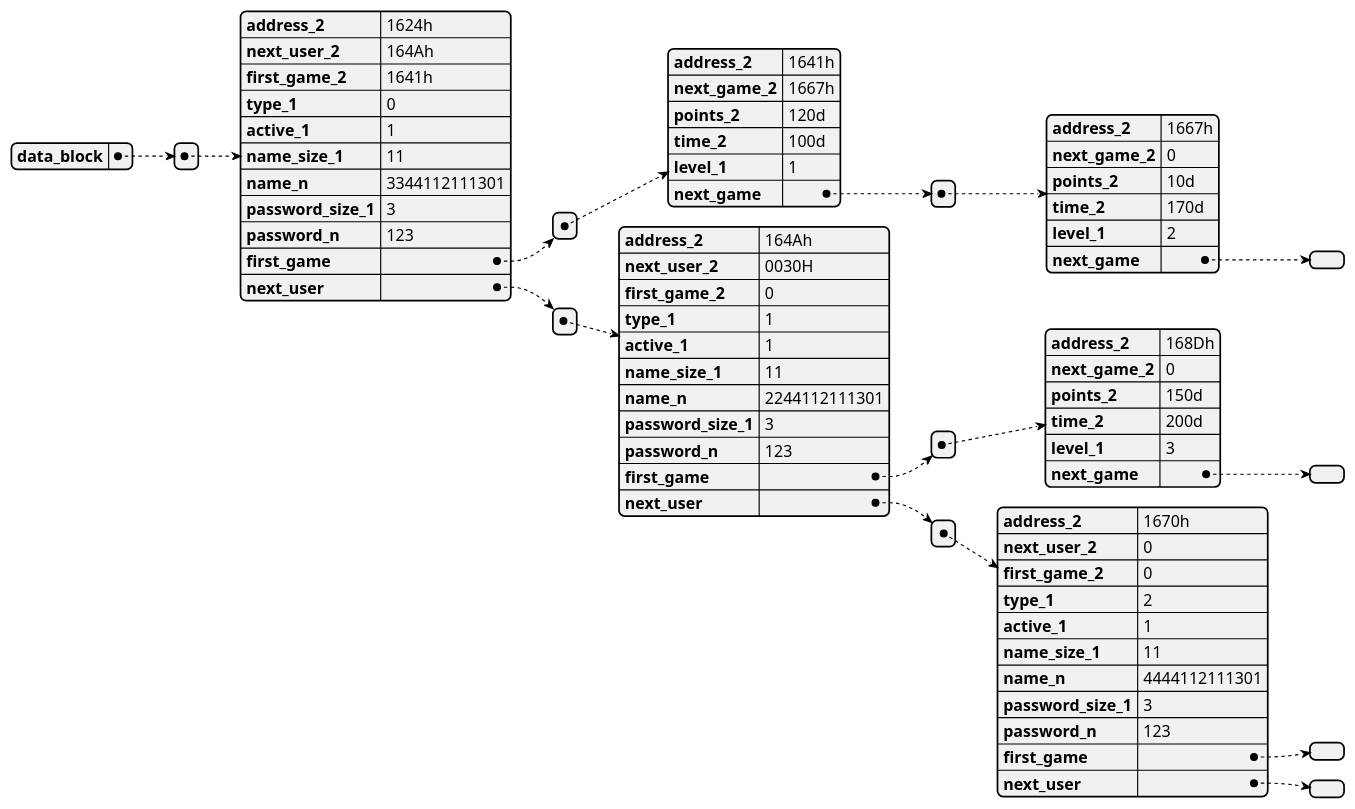
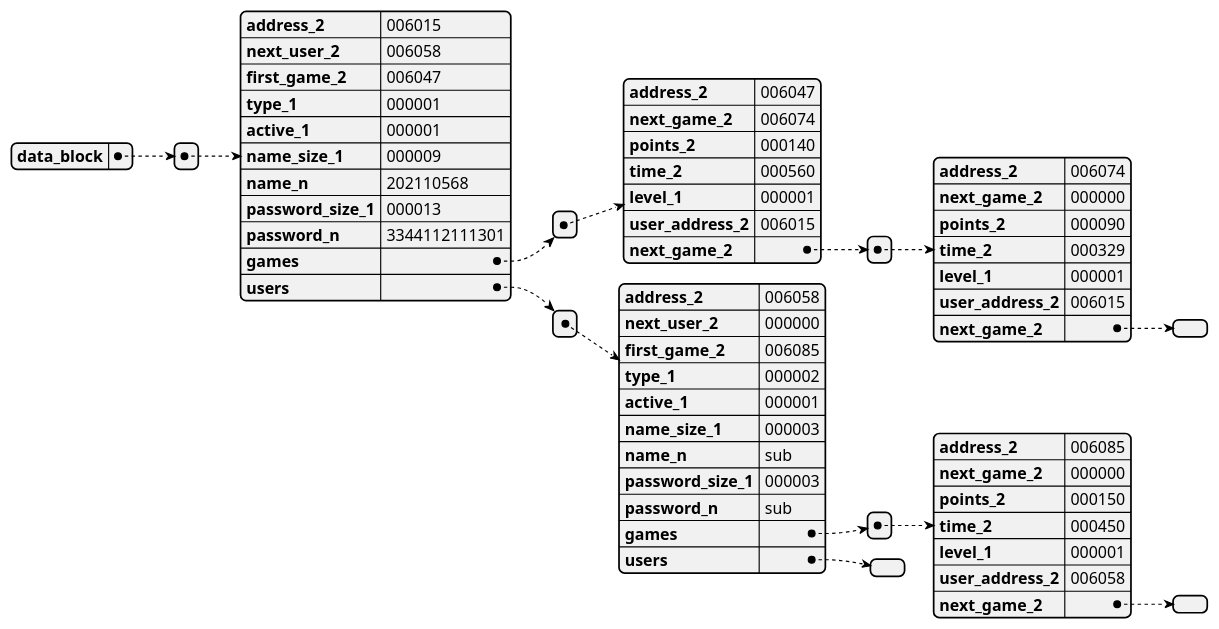
Before and after one commit to damianpeaf/ACE1_Proyecto2: the third of 3 diagrams in docs/tech/Readme.md, drawn with PlantUML. The commit also changed other lines of this file and 1 other file, not shown here.

Commit message:
docs: new memory eg

````diff
--- a/docs/tech/Readme.md
+++ b/docs/tech/Readme.md
@@ -154,77 +156,70 @@
 ```plantuml
 @startjson
 {
-    "data_block": [
-        {
-            "address_2": "1624h",
-            "next_user_2": "164Ah",
-            "first_game_2": "1641h",
-            "type_1": 0,
-            "active_1": 1,
-            "name_size_1": 11,
-            "name_n": "3344112111301",
-            "password_size_1": 3,
-            "password_n": "123",
-            "first_game": [
-                {
-                    "address_2": "1641h",
-                    "next_game_2": "1667h",
-                    "points_2": "120d",
-                    "time_2": "100d",
-                    "level_1": 1,
-                    "next_game": [
-                        {
-                            "address_2": "1667h",
-                            "next_game_2": 0,
-                            "points_2": "10d",
-                            "time_2": "170d",
-                            "level_1": 2,
-                            "next_game": []
-                        }
-                    ]
-                }
-            ],
-            "next_user": [
-                {
-                    "address_2": "164Ah",
-                    "next_user_2": "0030H",
-                    "first_game_2": 0,
-                    "type_1": 1,
-                    "active_1": 1,
-                    "name_size_1": 11,
-                    "name_n": "2244112111301",
-                    "password_size_1": 3,
-                    "password_n": "123",
-                    "first_game": [
-                        {
-                            "address_2": "168Dh",
-                            "next_game_2": "0",
-                            "points_2": "150d",
-                            "time_2": "200d",
-                            "level_1": 3,
-                            "next_game": []
-                        }
-                    ],
-                    "next_user": [
-                        {
-                            "address_2": "1670h",
-                            "next_user_2": 0,
-                            "first_game_2": 0,
-                            "type_1": 2,
-                            "active_1": 1,
-                            "name_size_1": 11,
-                            "name_n": "4444112111301",
-                            "password_size_1": 3,
-                            "password_n": "123",
-                            "first_game": [],
-                            "next_user": []
-                        }
-                    ]
-                }
-            ]
-        }
-    ]
+"data_block": [
+{
+"address_2": "006015",
+"next_user_2": "006058",
+"first_game_2": "006047",
+"type_1": "000001",
+"active_1": "000001",
+"name_size_1": "000009",
+"name_n": "202110568",
+"password_size_1": "000013",
+"password_n": "3344112111301",
+"games": [
+{
+"address_2": "006047",
+"next_game_2": "006074",
+"points_2": "000140",
+"time_2": "000560",
+"level_1": "000001",
+"user_address_2": "006015",
+"next_game_2": [
+{
+"address_2": "006074",
+"next_game_2": "000000",
+"points_2": "000090",
+"time_2": "000329",
+"level_1": "000001",
+"user_address_2": "006015",
+"next_game_2": [
+]
 }
-
+]
+}
+]
+,
+"users": [
+{
+"address_2": "006058",
+"next_user_2": "000000",
+"first_game_2": "006085",
+"type_1": "000002",
+"active_1": "000001",
+"name_size_1": "000003",
+"name_n": "sub",
+"password_size_1": "000003",
+"password_n": "sub",
+"games": [
+{
+"address_2": "006085",
+"next_game_2": "000000",
+"points_2": "000150",
+"time_2": "000450",
+"level_1": "000001",
+"user_address_2": "006058",
+"next_game_2": [
+]
+}
+]
+,
+"users": [
+]
+}
+]
+}
+]
+}
 @endjson
 ```
````
